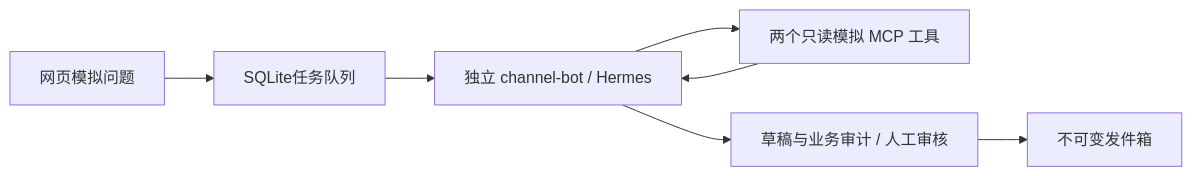
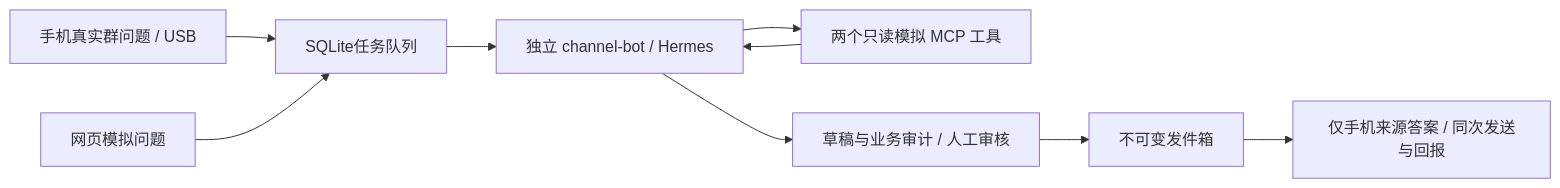
The diagram in backend/README.md (chenhaitao888/wechat-android-poc), drawn with Mermaid before and after one commit. The commit also changed other lines of this file and 20 other files, not shown here.

````diff
--- a/backend/README.md
+++ b/backend/README.md
@@ -5,9 +5,11 @@
 ```mermaid
 flowchart LR
-  Q[网页模拟问题] --> S[SQLite任务队列]
+  P[手机真实群问题 / USB] --> S[SQLite任务队列]
+  Q[网页模拟问题] --> S
   S --> H[独立 channel-bot / Hermes]
   H --> M[两个只读模拟 MCP 工具]
   M --> H
   H --> R[草稿与业务审计 / 人工审核]
   R --> O[不可变发件箱]
+  O --> D[仅手机来源答案 / 同次发送与回报]
 ```
````
